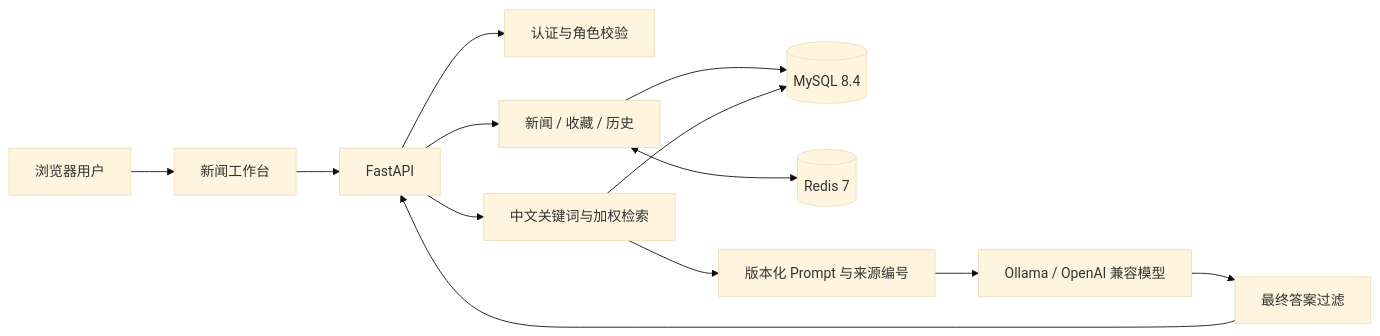
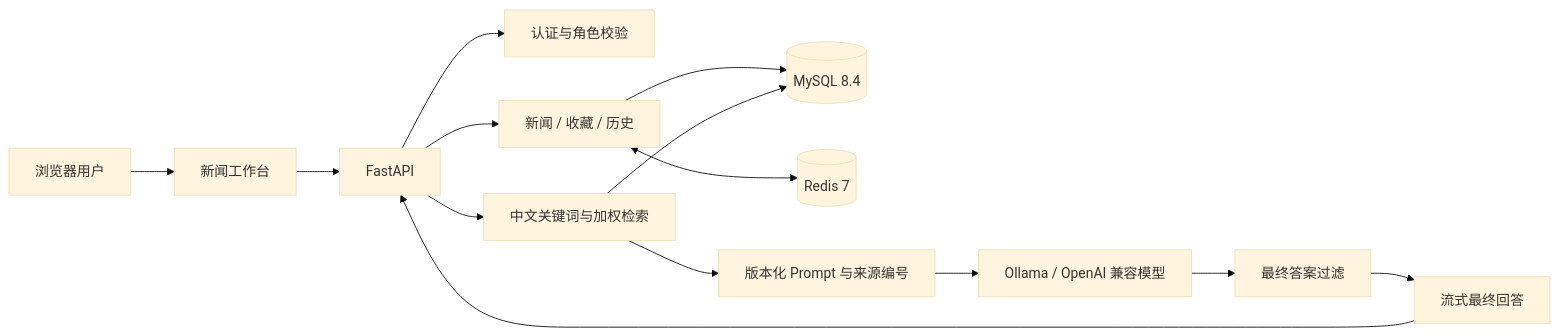
One commit to fantasy123699/ai-news-assistant changed the diagram in README.md. Above: the diagram before and after it, drawn with Mermaid (base theme). The commit also changed other lines of this file and 9 other files, not shown here.

````diff
--- a/README.md
+++ b/README.md
@@ -24,15 +24,16 @@
 ```mermaid
 flowchart LR
     U[浏览器用户] --> W[新闻工作台]
     W --> API[FastAPI]
     API --> AUTH[认证与角色校验]
     API --> NEWS[新闻 / 收藏 / 历史]
     NEWS --> DB[(MySQL 8.4)]
     NEWS <--> CACHE[(Redis 7)]
     API --> RETRIEVAL[中文关键词与加权检索]
     RETRIEVAL --> DB
     RETRIEVAL --> PROMPT[版本化 Prompt 与来源编号]
     PROMPT --> LLM[Ollama / OpenAI 兼容模型]
     LLM --> FILTER[最终答案过滤]
-    FILTER --> API
+    FILTER --> STREAM[流式最终回答]
+    STREAM --> API
 ```
````
